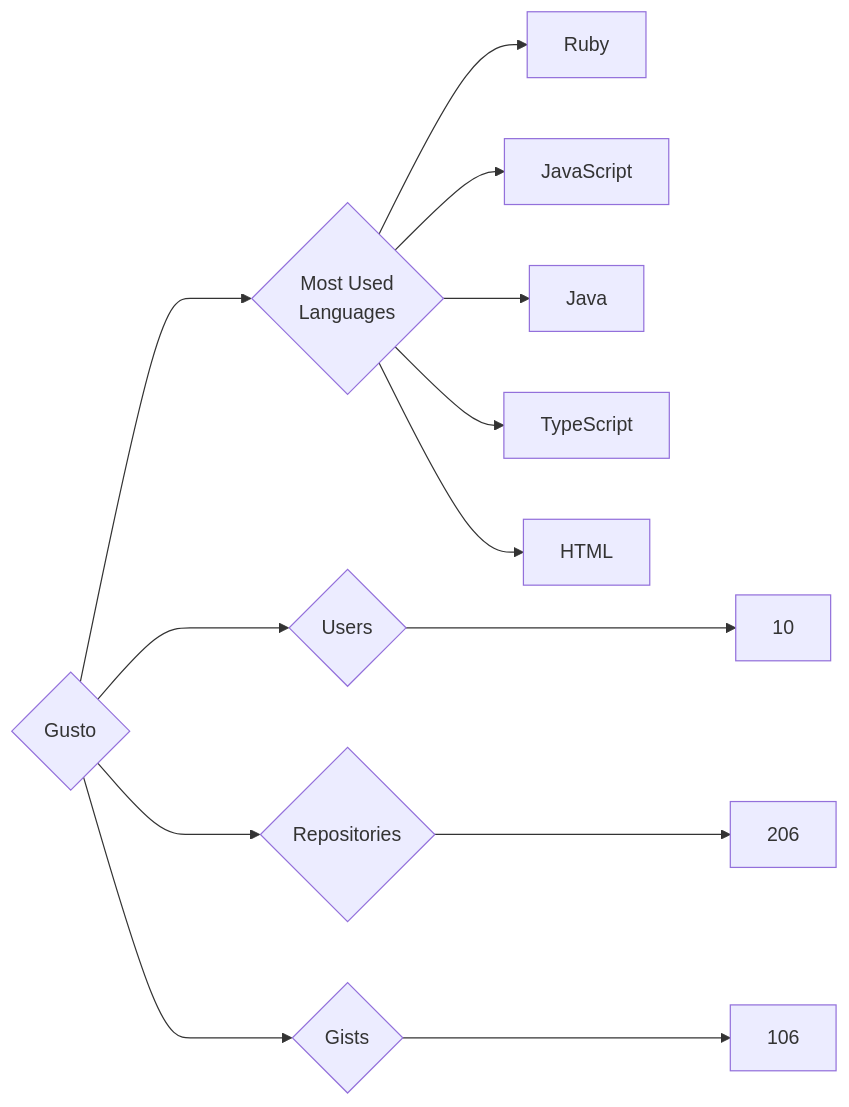
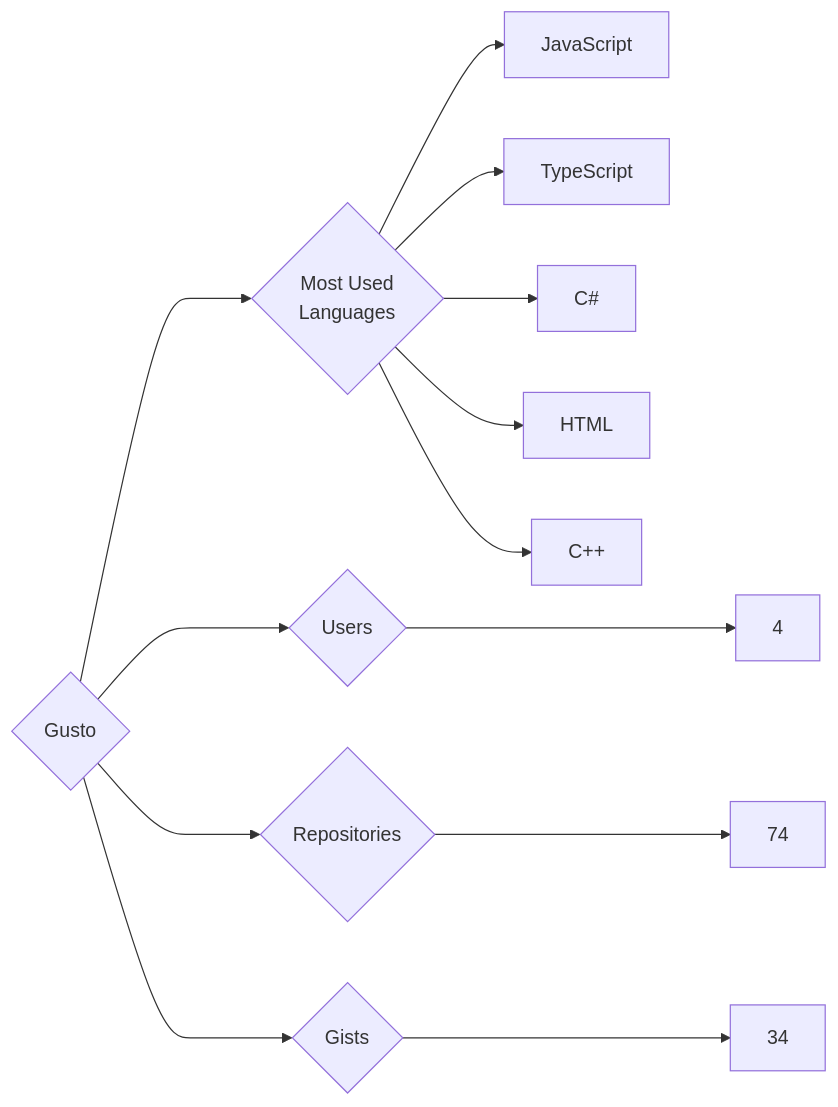
One commit to trickest/insiders changed the diagram in targets/Gusto/README.md. Above: the diagram before and after it, drawn with Mermaid. The commit also changed 720 other files, not shown here.

````diff
--- a/targets/Gusto/README.md
+++ b/targets/Gusto/README.md
@@ -3,13 +3,13 @@
 ```mermaid
 graph LR
 COMPANY_NAME{Gusto}
-COMPANY_NAME ---> U{Users} ---> UN[10]
-COMPANY_NAME ---> R{Repositories} ---> RN[206]
-COMPANY_NAME ---> G{Gists} ---> GN[106]
+COMPANY_NAME ---> U{Users} ---> UN[4]
+COMPANY_NAME ---> R{Repositories} ---> RN[74]
+COMPANY_NAME ---> G{Gists} ---> GN[34]
 COMPANY_NAME ---> ML{Most Used<br>Languages}
-ML --> Ruby[Ruby]
 ML --> JavaScript[JavaScript]
-ML --> Java[Java]
 ML --> TypeScript[TypeScript]
+ML --> C#[C#]
 ML --> HTML[HTML]
+ML --> C++[C++]
 ```
````
